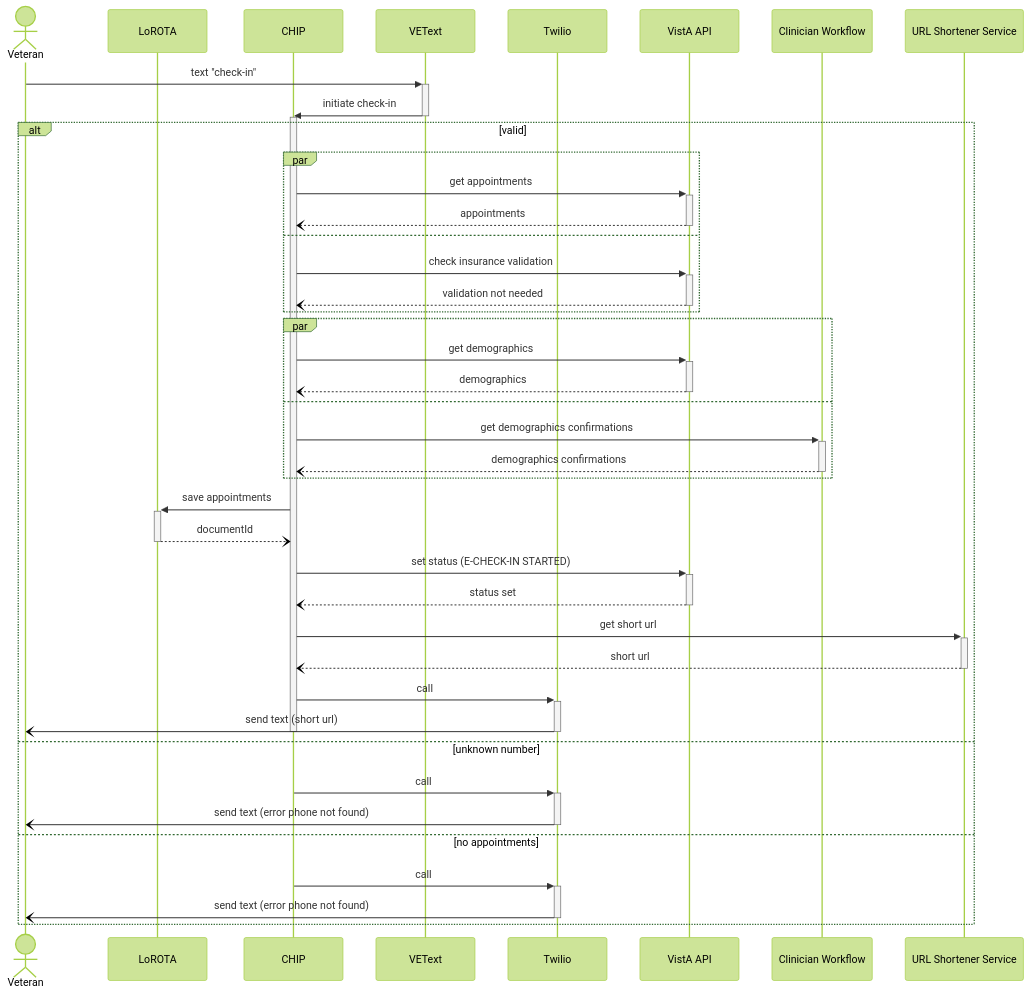
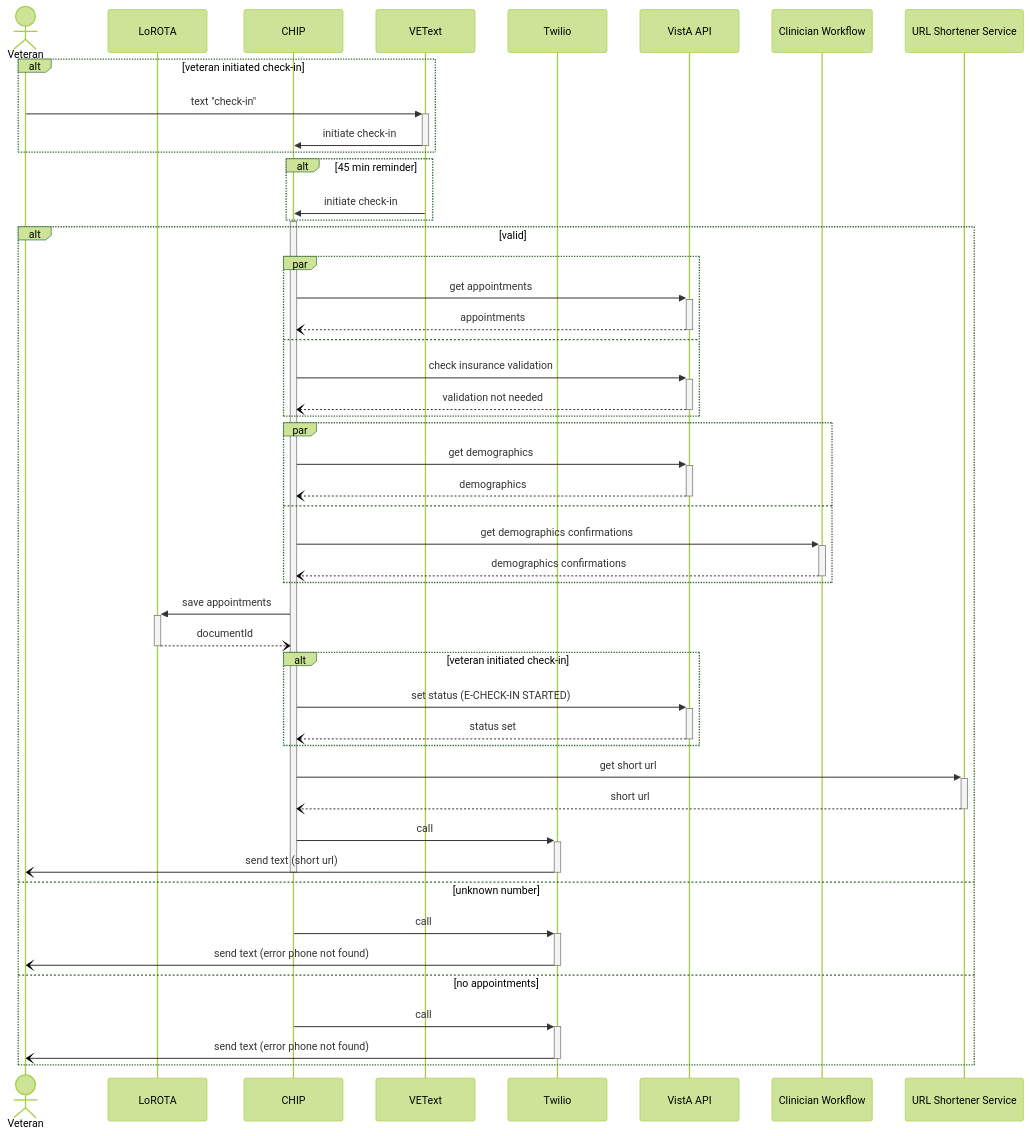
Before and after one commit to department-of-veterans-affairs/va.gov-team: the first of 4 diagrams in products/health-care/checkin/engineering/architecture-diagrams/sequenceDiagram_checkInExp.md, drawn with Mermaid (forest theme). The commit also changed other lines of this file, not shown here.

````diff
--- a/products/health-care/checkin/engineering/architecture-diagrams/sequenceDiagram_checkInExp.md
+++ b/products/health-care/checkin/engineering/architecture-diagrams/sequenceDiagram_checkInExp.md
@@ -6,46 +10,53 @@
 ```mermaid
 sequenceDiagram
     actor vet as Veteran
     participant l as LoROTA
     participant c as CHIP
     participant vt as VEText
     participant t as Twilio
     participant va as VistA API
     participant cw as Clinician Workflow
     participant url as URL Shortener Service
 
+    alt veteran initiated check-in
     vet->>+vt: text "check-in"
     vt->>-c: initiate check-in
+    end
+    alt 45 min reminder
+    vt->>c: initiate check-in
+    end
     activate c
     alt valid
       par
         c->>+va: get appointments
         va--)-c: appointments
       and
         c->>+va: check insurance validation
         va--)-c: validation not needed
       end
       par
         c->>+va: get demographics
         va--)-c: demographics
       and
         c->>+cw: get demographics confirmations
         cw--)-c: demographics confirmations
       end
         c->>+l: save appointments
         l--)-c: documentId
-        c->>+va: set status (E-CHECK-IN STARTED)
-        va--)-c: status set
+        alt veteran initiated check-in
+            c->>+va: set status (E-CHECK-IN STARTED)
+            va--)-c: status set
+        end
         c->>+url: get short url
         url--)-c: short url
         c->>+t: call
         t-)-vet: send text (short url)
         deactivate c
     else unknown number
         c->>+t: call
         t-)-vet: send text (error phone not found)
     else no appointments
         c->>+t: call
         t-)-vet: send text (error phone not found)
     end
 ```
````
